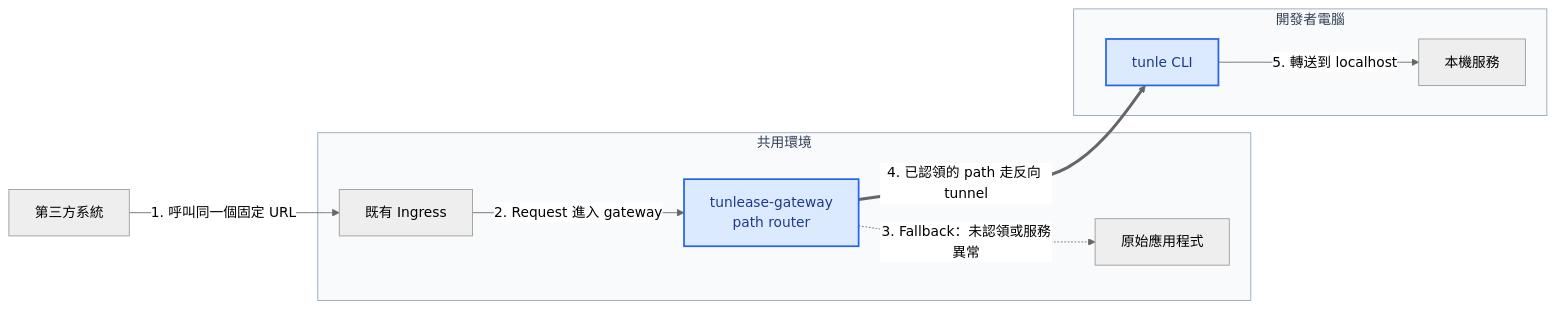
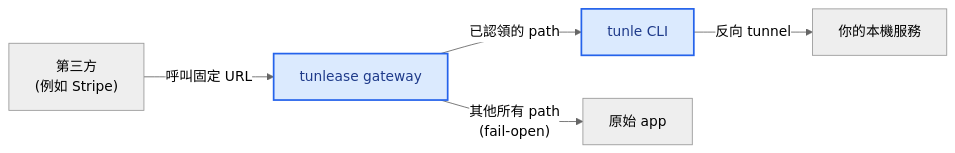
The diagram in README.zh-TW.md (iml885203/tunlease), drawn with Mermaid (neutral theme) before and after one commit. The commit also changed other lines of this file and 6 other files, not shown here.

````diff
--- a/README.zh-TW.md
+++ b/README.zh-TW.md
@@ -22,20 +22,11 @@
 ```mermaid
 flowchart LR
-    ThirdParty[第三方系統] -->|"1. 呼叫同一個固定 URL"| Ingress[既有 Ingress]
+    TP["第三方<br/>(例如 Stripe)"] -->|"呼叫固定 URL"| GW[tunlease gateway]
 
-    subgraph Shared[共用環境]
-        Ingress -->|"2. Request 進入 gateway"| Gateway[tunlease-gateway<br/>path router]
-        Gateway -.->|"3. Fallback：未認領或服務異常"| App[原始應用程式]
-    end
-
-    subgraph Laptop[開發者電腦]
-        CLI[tunle CLI] -->|"5. 轉送到 localhost"| Local[本機服務]
-    end
-
-    Gateway ==>|"4. 已認領的 path 走反向 tunnel"| CLI
+    GW -->|"已認領的 path"| CLI[tunle CLI]
+    GW -->|"其他所有 path<br/>(fail-open)"| App[原始 app]
+    CLI -->|"反向 tunnel"| Local[你的本機服務]
 
     classDef tunlease fill:#dbeafe,stroke:#2563eb,color:#1e3a8a,stroke-width:2px;
-    class CLI,Gateway tunlease;
-    style Shared fill:#f8fafc,stroke:#94a3b8,color:#334155
-    style Laptop fill:#f8fafc,stroke:#94a3b8,color:#334155
+    class GW,CLI tunlease;
 ```
````
